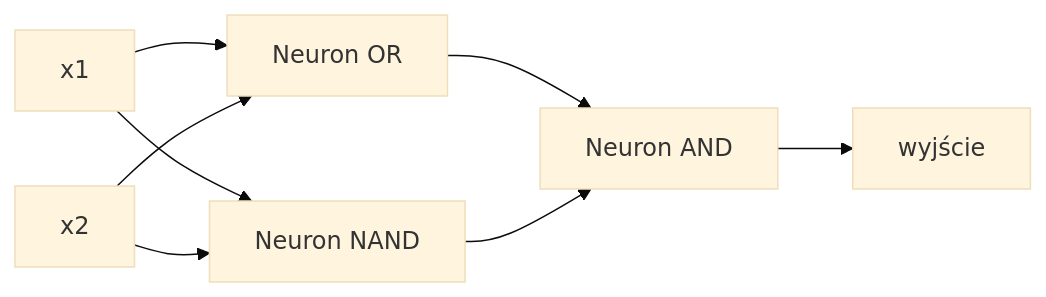
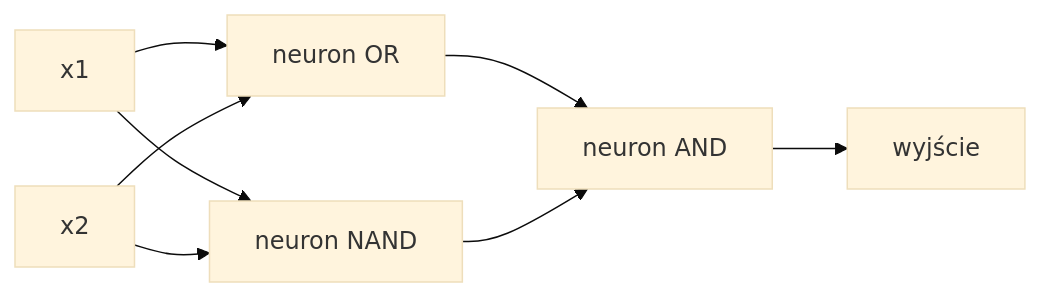
The second of 2 diagrams in phases/03-deep-learning-core/01-the-perceptron/docs/pl.md (tarze07/LLM_Traning), drawn with Mermaid (base theme) before and after one commit. The commit also changed other lines of this file, not shown here.

````diff
--- a/phases/03-deep-learning-core/01-the-perceptron/docs/pl.md
+++ b/phases/03-deep-learning-core/01-the-perceptron/docs/pl.md
@@ -214,10 +214,10 @@
 ```mermaid
 graph LR
-    x1["x1"] --> OR["Neuron OR"]
-    x1 --> NAND["Neuron NAND"]
+    x1["x1"] --> OR["neuron OR"]
+    x1 --> NAND["neuron NAND"]
     x2["x2"] --> OR
     x2 --> NAND
-    OR --> AND["Neuron AND"]
+    OR --> AND["neuron AND"]
     NAND --> AND
     AND --> out["wyjście"]
 ```
````
